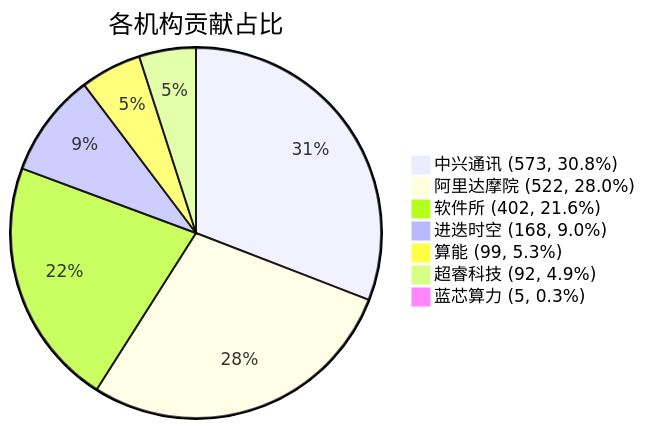
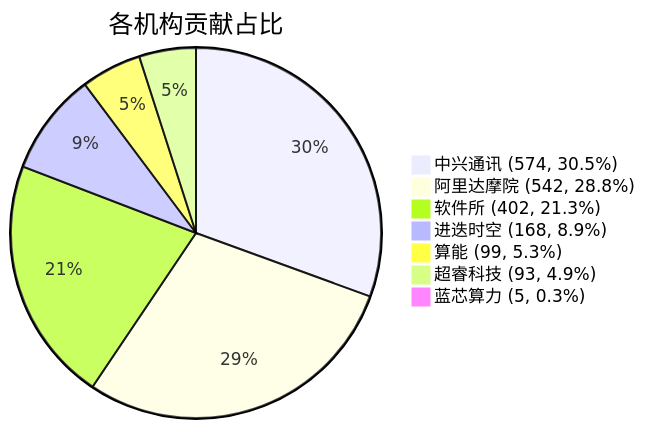
One commit to RVCK-Project/rvck changed the diagram in docs/index.md. Above: the diagram before and after it, drawn with Mermaid. The commit also changed other lines of this file and 24 other files, not shown here.

````diff
--- a/docs/index.md
+++ b/docs/index.md
@@ -34,10 +34,10 @@
 ```mermaid
 pie title 各机构贡献占比
-    "中兴通讯 (573, 30.8%)" : 573
-    "阿里达摩院 (522, 28.0%)" : 522
-    "软件所 (402, 21.6%)" : 402
-    "进迭时空 (168, 9.0%)" : 168
+    "中兴通讯 (574, 30.5%)" : 574
+    "阿里达摩院 (542, 28.8%)" : 542
+    "软件所 (402, 21.3%)" : 402
+    "进迭时空 (168, 8.9%)" : 168
     "算能 (99, 5.3%)" : 99
-    "超睿科技 (92, 4.9%)" : 92
+    "超睿科技 (93, 4.9%)" : 93
     "蓝芯算力 (5, 0.3%)" : 5
 ```
````
